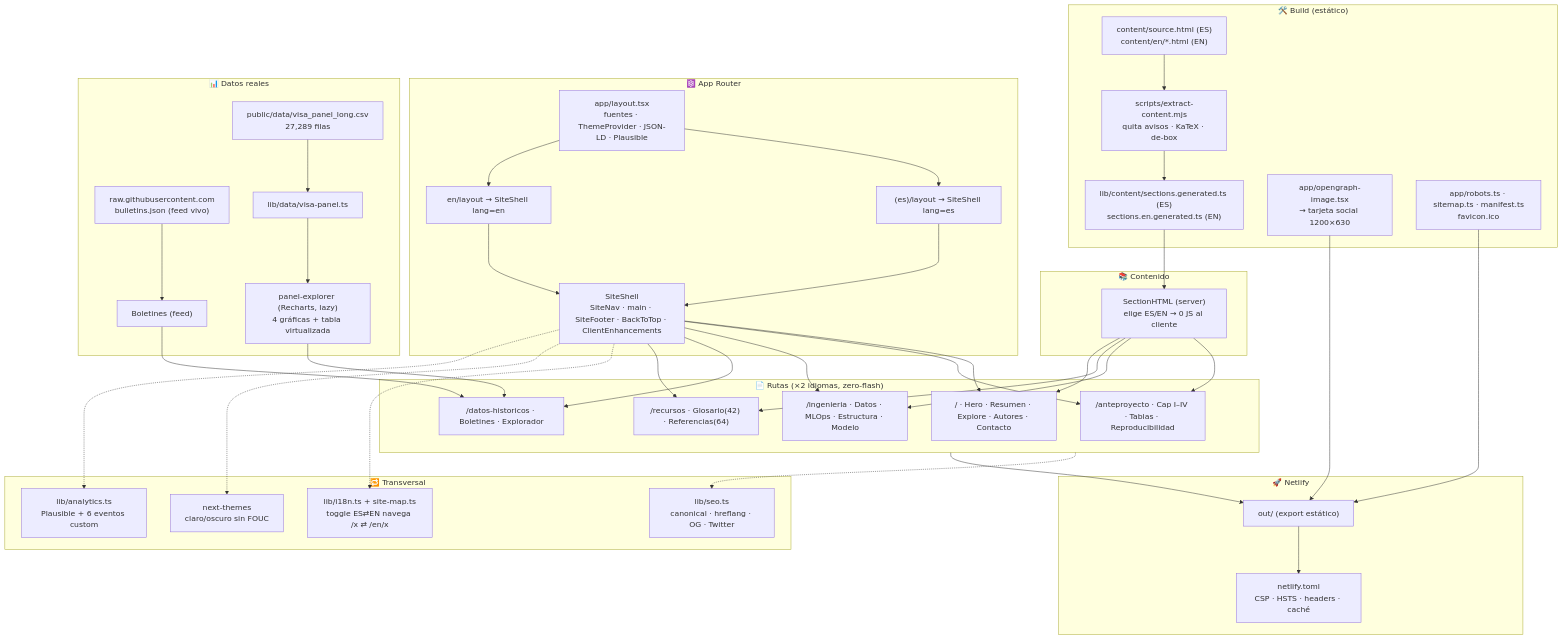
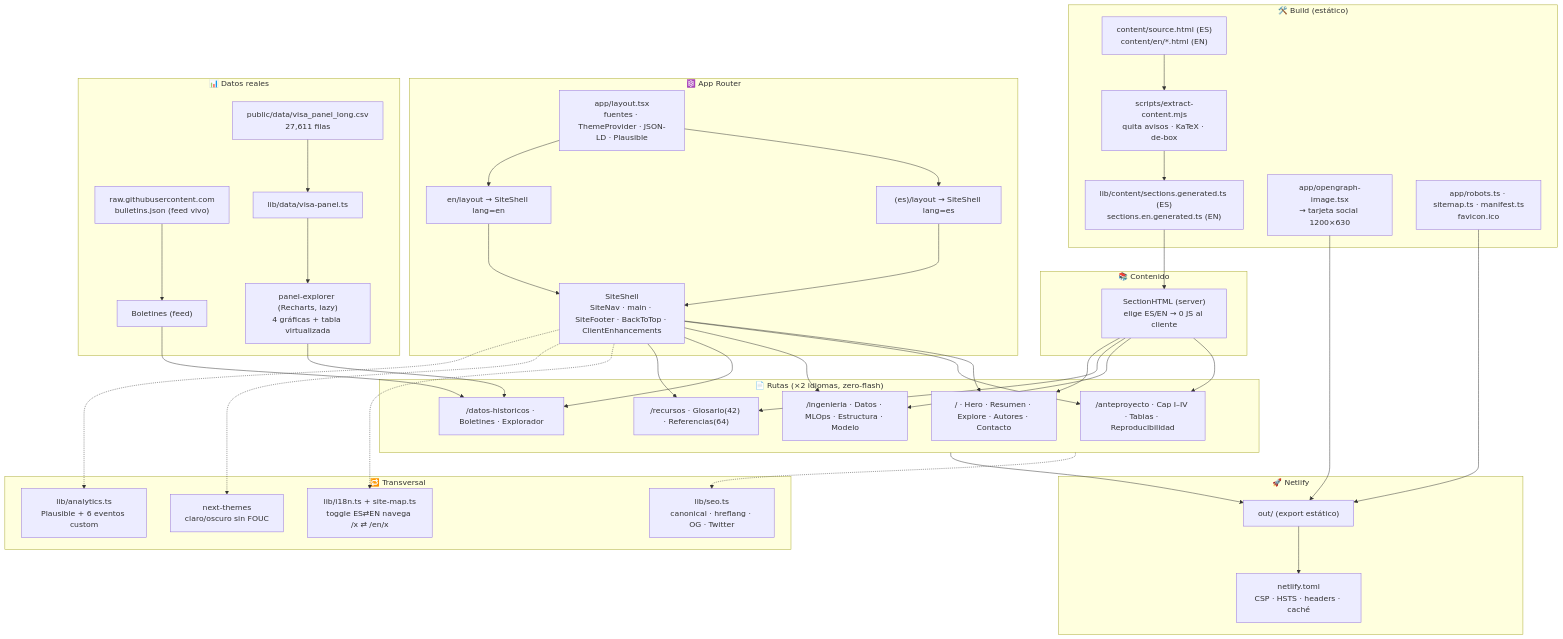
Before and after one commit to UACJ-MIAAD/VisaPredictAI_WEB: the diagram in README.md, drawn with Mermaid. The commit also changed 3 other files, not shown here.

````diff
--- a/README.md
+++ b/README.md
@@ -21,63 +21,63 @@
 ```mermaid
 flowchart TD
     subgraph BUILD["🛠️ Build (estático)"]
         SRC["content/source.html (ES)<br/>content/en/*.html (EN)"]
         EXT["scripts/extract-content.mjs<br/>quita avisos · KaTeX · de-box"]
         GEN["lib/content/sections.generated.ts (ES)<br/>sections.en.generated.ts (EN)"]
         SRC --> EXT --> GEN
         OG["app/opengraph-image.tsx<br/>→ tarjeta social 1200×630"]
         SEOF["app/robots.ts · sitemap.ts · manifest.ts<br/>favicon.ico"]
     end
 
     subgraph APP["⚛️ App Router"]
         RL["app/layout.tsx<br/>fuentes · ThemeProvider · JSON-LD · Plausible"]
         RL --> ES["(es)/layout → SiteShell lang=es"]
         RL --> EN["en/layout → SiteShell lang=en"]
         SHELL["SiteShell<br/>SiteNav · main · SiteFooter · BackToTop · ClientEnhancements"]
         ES --> SHELL
         EN --> SHELL
     end
 
     subgraph ROUTES["📄 Rutas (×2 idiomas, zero-flash)"]
         HOME["/ · Hero · Resumen · Explore · Autores · Contacto"]
         ANTE["/anteproyecto · Cap I–IV · Tablas · Reproducibilidad"]
         ING["/ingenieria · Datos · MLOps · Estructura · Modelo"]
         DAT["/datos-historicos · Boletines · Explorador"]
         REC["/recursos · Glosario(42) · Referencias(64)"]
     end
     SHELL --> HOME & ANTE & ING & DAT & REC
 
     subgraph CONTENT["📚 Contenido"]
         SH["SectionHTML (server)<br/>elige ES/EN → 0 JS al cliente"]
         GEN --> SH
         SH --> ANTE & ING & REC & HOME
     end
 
     subgraph DATA["📊 Datos reales"]
-        CSV["public/data/visa_panel_long.csv<br/>27,289 filas"]
+        CSV["public/data/visa_panel_long.csv<br/>27,611 filas"]
         FEED["raw.githubusercontent.com<br/>bulletins.json (feed vivo)"]
         LOAD["lib/data/visa-panel.ts"]
         CSV --> LOAD --> EXP["panel-explorer (Recharts, lazy)<br/>4 gráficas + tabla virtualizada"]
         FEED --> BOL["Boletines (feed)"]
         EXP --> DAT
         BOL --> DAT
     end
 
     subgraph CROSS["🔁 Transversal"]
         I18N["lib/i18n.ts + site-map.ts<br/>toggle ES⇄EN navega /x ⇄ /en/x"]
         THEME["next-themes<br/>claro/oscuro sin FOUC"]
         ANALYTICS["lib/analytics.ts<br/>Plausible + 6 eventos custom"]
         SEO["lib/seo.ts<br/>canonical · hreflang · OG · Twitter"]
     end
     SHELL -.-> I18N & THEME & ANALYTICS
     ROUTES -.-> SEO
 
     subgraph DEPLOY["🚀 Netlify"]
         OUT["out/ (export estático)"]
         HDR["netlify.toml<br/>CSP · HSTS · headers · caché"]
         OUT --> HDR
     end
     ROUTES --> OUT
     SEOF --> OUT
     OG --> OUT
 ```
````
